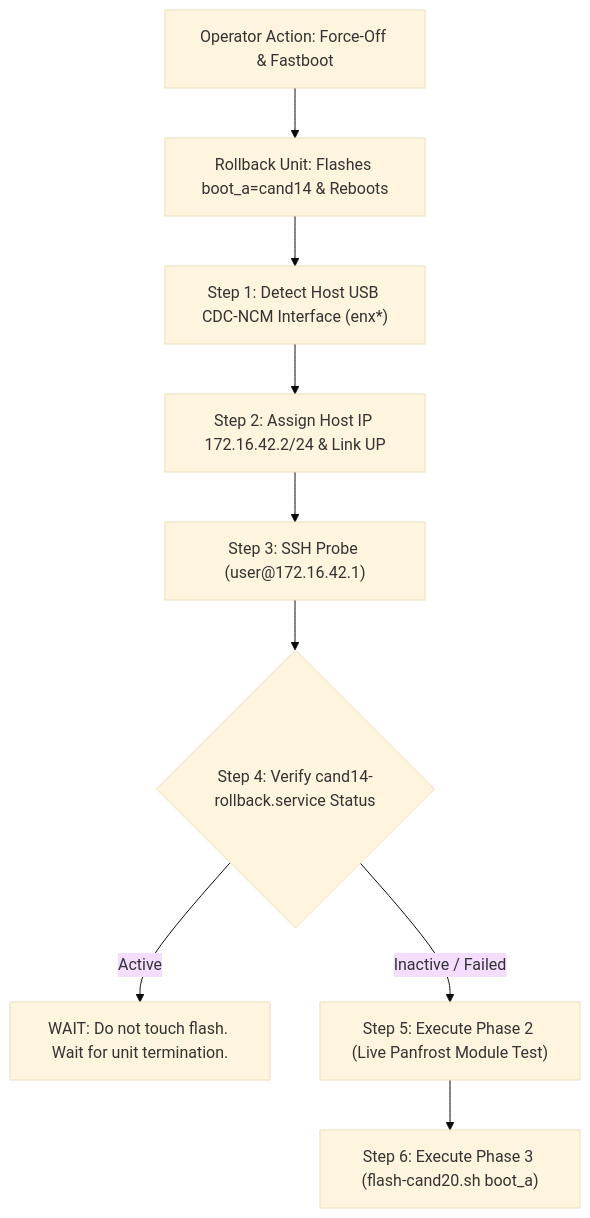
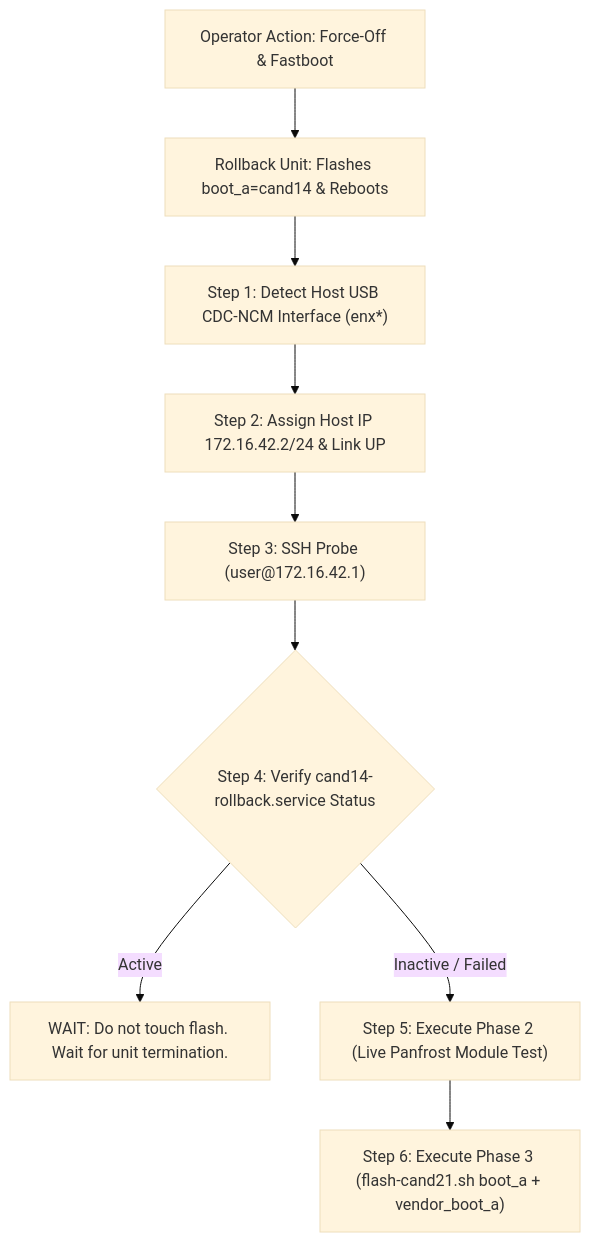
The diagram in Documentation/gs101/evidence/issue11-gpu/recovery-trigger-checklist.md (omnipha/linux-google-gs101), drawn with Mermaid (base theme) before and after one commit. The commit also changed other lines of this file and 2 other files, not shown here.

Commit message:
docs(gs101): add module load matrix, update flash-cand21 reboot path and checklist

````diff
--- a/Documentation/gs101/evidence/issue11-gpu/recovery-trigger-checklist.md
+++ b/Documentation/gs101/evidence/issue11-gpu/recovery-trigger-checklist.md
@@ -21,11 +21,11 @@
 ```mermaid
 flowchart TD
     A["Operator Action: Force-Off & Fastboot"] --> B["Rollback Unit: Flashes boot_a=cand14 & Reboots"]
     B --> C["Step 1: Detect Host USB CDC-NCM Interface (enx*)"]
     C --> D["Step 2: Assign Host IP 172.16.42.2/24 & Link UP"]
     D --> E["Step 3: SSH Probe (user@172.16.42.1)"]
     E --> F{"Step 4: Verify cand14-rollback.service Status"}
     F -->|Active| G["WAIT: Do not touch flash. Wait for unit termination."]
     F -->|Inactive / Failed| H["Step 5: Execute Phase 2 (Live Panfrost Module Test)"]
-    H --> I["Step 6: Execute Phase 3 (flash-cand20.sh boot_a)"]
+    H --> I["Step 6: Execute Phase 3 (flash-cand21.sh boot_a + vendor_boot_a)"]
 ```
````
